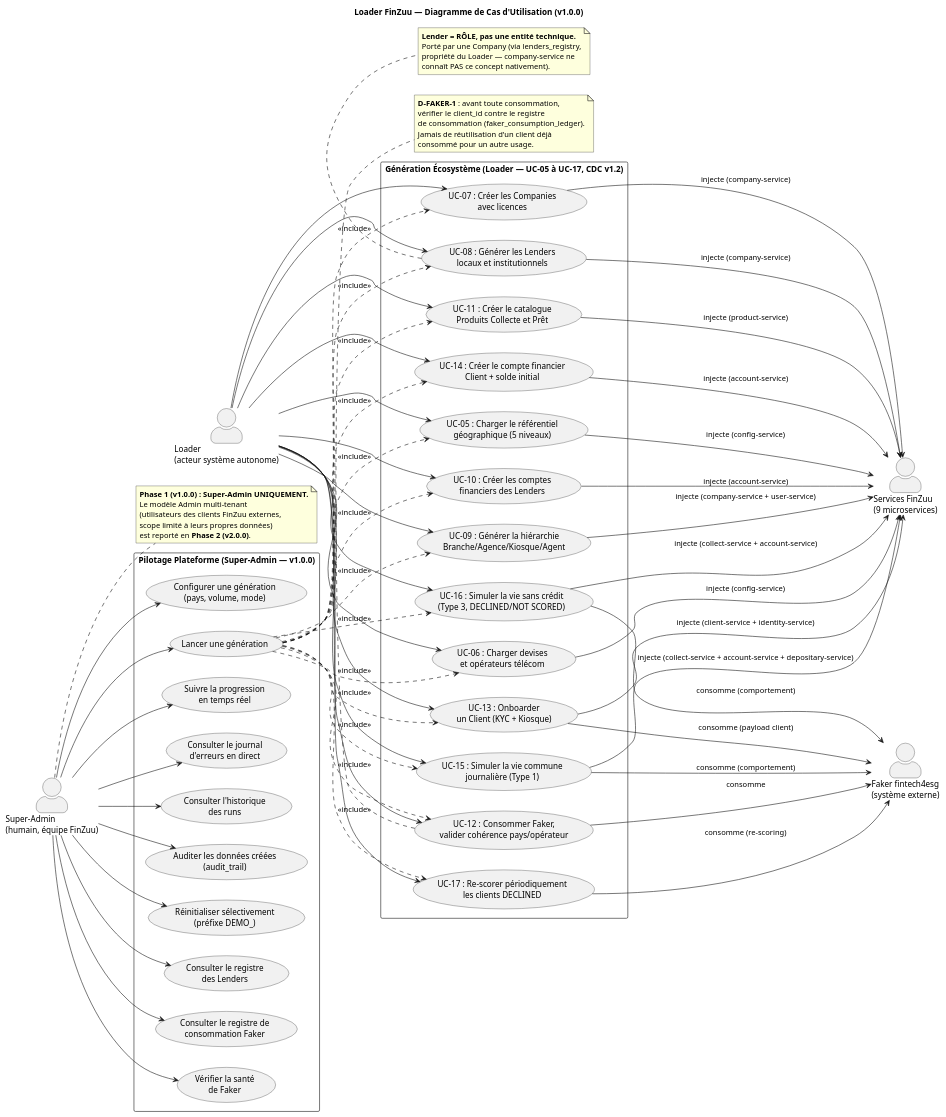
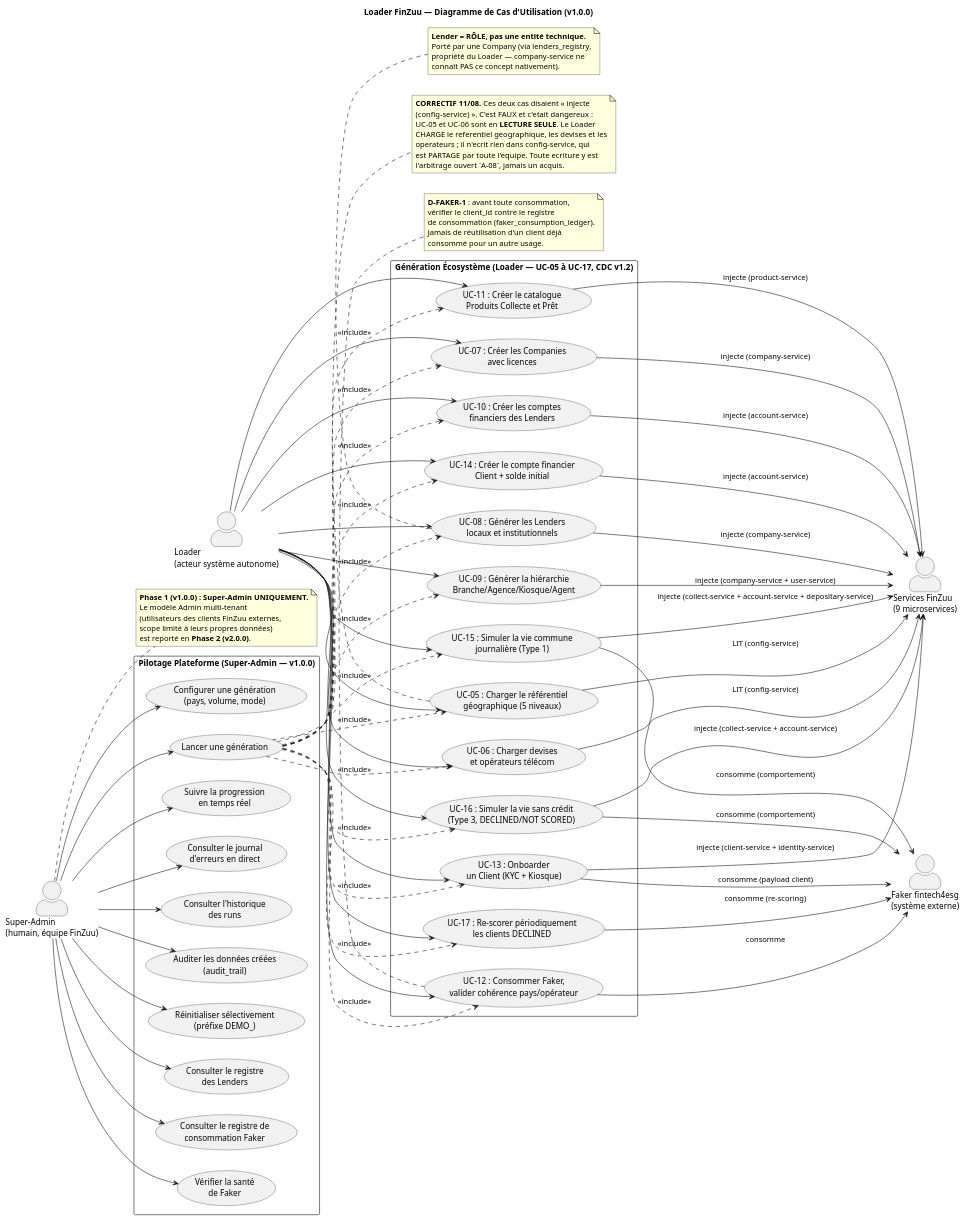
The diagram in docs/reference/uml_diagrams/01_use_case.puml (KuateAbdel/simulator-backend-loader), drawn with PlantUML before and after one commit. The commit also changed 5 other files, not shown here.

```diff
--- a/docs/reference/uml_diagrams/01_use_case.puml
+++ b/docs/reference/uml_diagrams/01_use_case.puml
@@ -1,143 +1,153 @@
 @startuml Loader_FinZuu_UseCase_v1
 
 title Loader FinZuu — Diagramme de Cas d'Utilisation (v1.0.0)
 skinparam packageStyle rectangle
 skinparam actorStyle awesome
 left to right direction
 
 ' ============================================================
 ' ACTEURS — 2 acteurs distincts, jamais confondus
 ' ============================================================
 actor "Super-Admin\n(humain, équipe FinZuu)" as SA
 actor "Loader\n(acteur système autonome)" as LDR
 actor "Faker fintech4esg\n(système externe)" as FAKER
 actor "Services FinZuu\n(9 microservices)" as SVC
 
 ' ============================================================
 ' PACKAGE 1 — Pilotage plateforme (Super-Admin, Phase 1 = v1.0.0)
 ' ============================================================
 package "Pilotage Plateforme (Super-Admin — v1.0.0)" {
   usecase "Configurer une génération\n(pays, volume, mode)" as UC_CFG
   usecase "Lancer une génération" as UC_RUN
   usecase "Suivre la progression\nen temps réel" as UC_TRACK
   usecase "Consulter le journal\nd'erreurs en direct" as UC_LOG
   usecase "Consulter l'historique\ndes runs" as UC_HIST
   usecase "Auditer les données créées\n(audit_trail)" as UC_AUDIT
   usecase "Réinitialiser sélectivement\n(préfixe DEMO_)" as UC_RESET
   usecase "Consulter le registre\ndes Lenders" as UC_LENDREG
   usecase "Consulter le registre de\nconsommation Faker" as UC_FAKEREG
   usecase "Vérifier la santé\nde Faker" as UC_HEALTH
 }
 
 ' ============================================================
 ' PACKAGE 2 — Génération de l'écosystème (Loader, UC-05 à UC-17 CDC)
 ' ============================================================
 package "Génération Écosystème (Loader — UC-05 à UC-17, CDC v1.2)" {
   usecase "UC-05 : Charger le référentiel\ngéographique (5 niveaux)" as UC05
   usecase "UC-06 : Charger devises\net opérateurs télécom" as UC06
   usecase "UC-07 : Créer les Companies\navec licences" as UC07
   usecase "UC-08 : Générer les Lenders\nlocaux et institutionnels" as UC08
   usecase "UC-09 : Générer la hiérarchie\nBranche/Agence/Kiosque/Agent" as UC09
   usecase "UC-10 : Créer les comptes\nfinanciers des Lenders" as UC10
   usecase "UC-11 : Créer le catalogue\nProduits Collecte et Prêt" as UC11
   usecase "UC-12 : Consommer Faker,\nvalider cohérence pays/opérateur" as UC12
   usecase "UC-13 : Onboarder\nun Client (KYC + Kiosque)" as UC13
   usecase "UC-14 : Créer le compte financier\nClient + solde initial" as UC14
   usecase "UC-15 : Simuler la vie commune\njournalière (Type 1)" as UC15
   usecase "UC-16 : Simuler la vie sans crédit\n(Type 3, DECLINED/NOT SCORED)" as UC16
   usecase "UC-17 : Re-scorer périodiquement\nles clients DECLINED" as UC17
 }
 
 ' ============================================================
 ' RELATIONS — Super-Admin
 ' ============================================================
 SA --> UC_CFG
 SA --> UC_RUN
 SA --> UC_TRACK
 SA --> UC_LOG
 SA --> UC_HIST
 SA --> UC_AUDIT
 SA --> UC_RESET
 SA --> UC_LENDREG
 SA --> UC_FAKEREG
 SA --> UC_HEALTH
 
 UC_RUN ..> UC05 : <<include>>
 UC_RUN ..> UC06 : <<include>>
 UC_RUN ..> UC07 : <<include>>
 UC_RUN ..> UC08 : <<include>>
 UC_RUN ..> UC09 : <<include>>
 UC_RUN ..> UC10 : <<include>>
 UC_RUN ..> UC11 : <<include>>
 UC_RUN ..> UC12 : <<include>>
 UC_RUN ..> UC13 : <<include>>
 UC_RUN ..> UC14 : <<include>>
 UC_RUN ..> UC15 : <<include>>
 UC_RUN ..> UC16 : <<include>>
 UC_RUN ..> UC17 : <<include>>
 
 ' ============================================================
 ' RELATIONS — Loader (acteur système autonome exécute les UC métier)
 ' ============================================================
 LDR --> UC05
 LDR --> UC06
 LDR --> UC07
 LDR --> UC08
 LDR --> UC09
 LDR --> UC10
 LDR --> UC11
 LDR --> UC12
 LDR --> UC13
 LDR --> UC14
 LDR --> UC15
 LDR --> UC16
 LDR --> UC17
 
 ' ============================================================
 ' RELATIONS — Dépendances externes
 ' ============================================================
 UC12 --> FAKER : consomme
 UC13 --> FAKER : consomme (payload client)
 UC15 --> FAKER : consomme (comportement)
 UC16 --> FAKER : consomme (comportement)
 UC17 --> FAKER : consomme (re-scoring)
 
-UC05 --> SVC : injecte (config-service)
-UC06 --> SVC : injecte (config-service)
+UC05 --> SVC : LIT (config-service)
+UC06 --> SVC : LIT (config-service)
 UC07 --> SVC : injecte (company-service)
 UC08 --> SVC : injecte (company-service)
 UC09 --> SVC : injecte (company-service + user-service)
 UC10 --> SVC : injecte (account-service)
 UC11 --> SVC : injecte (product-service)
 UC13 --> SVC : injecte (client-service + identity-service)
 UC14 --> SVC : injecte (account-service)
 UC15 --> SVC : injecte (collect-service + account-service + depositary-service)
 UC16 --> SVC : injecte (collect-service + account-service)
 
 ' ============================================================
 ' RELATIONS — Frontière Phase 2 (hors scope v1.0.0)
 ' ============================================================
 note right of SA
   **Phase 1 (v1.0.0) : Super-Admin UNIQUEMENT.**
   Le modèle Admin multi-tenant
   (utilisateurs des clients FinZuu externes,
   scope limité à leurs propres données)
   est reporté en **Phase 2 (v2.0.0)**.
 end note
 
 note bottom of UC12
   **D-FAKER-1** : avant toute consommation,
   vérifier le client_id contre le registre
   de consommation (faker_consumption_ledger).
   Jamais de réutilisation d'un client déjà
   consommé pour un autre usage.
 end note
 
 note bottom of UC08
   **Lender = RÔLE, pas une entité technique.**
   Porté par une Company (via lenders_registry,
   propriété du Loader — company-service ne
   connaît PAS ce concept nativement).
 end note
 
+note bottom of UC05
+  **CORRECTIF 11/08.** Ces deux cas disaient « injecte
+  (config-service) ». C'est FAUX et c'etait dangereux :
+  UC-05 et UC-06 sont en **LECTURE SEULE**. Le Loader
+  CHARGE le referentiel geographique, les devises et les
+  operateurs ; il n'ecrit rien dans config-service, qui
+  est PARTAGE par toute l'equipe. Toute ecriture y est
+  l'arbitrage ouvert `A-08`, jamais un acquis.
+end note
+
 @enduml
```
